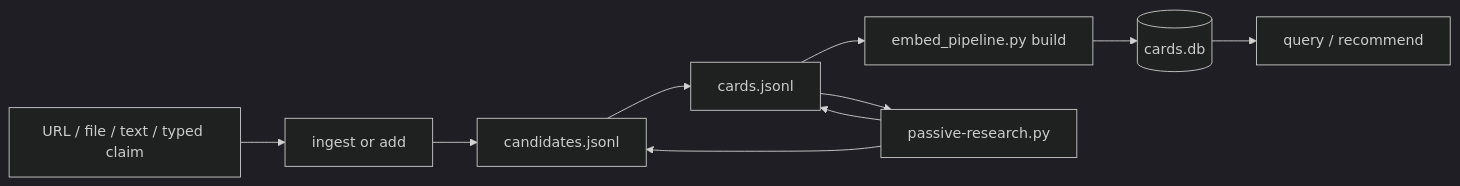
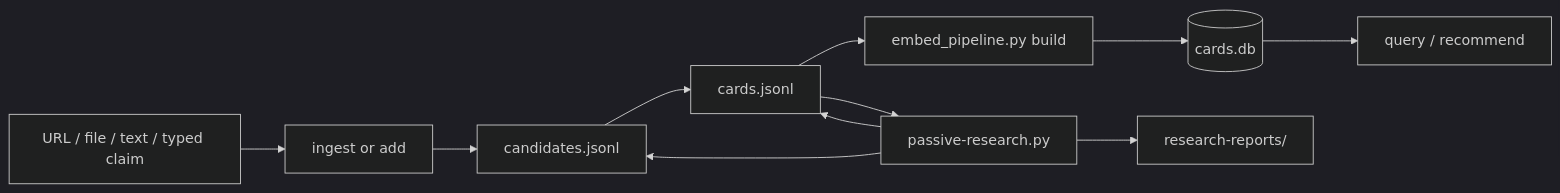
The diagram in README.md (bbell03/RAG), drawn with Mermaid (dark theme) before and after one commit. The commit also changed other lines of this file and 19 other files, not shown here.

````diff
--- a/README.md
+++ b/README.md
@@ -7,12 +9,13 @@
 ```mermaid
 flowchart LR
     Source["URL / file / text / typed claim"] --> Draft["ingest or add"]
     Draft --> Candidates["candidates.jsonl"]
     Candidates --> Cards["cards.jsonl"]
     Cards --> Build["embed_pipeline.py build"]
     Build --> DB[("cards.db")]
     DB --> Search["query / recommend"]
     Cards --> Research["passive-research.py"]
     Research --> Cards
     Research --> Candidates
+    Research --> Reports["research-reports/"]
 ```
````
